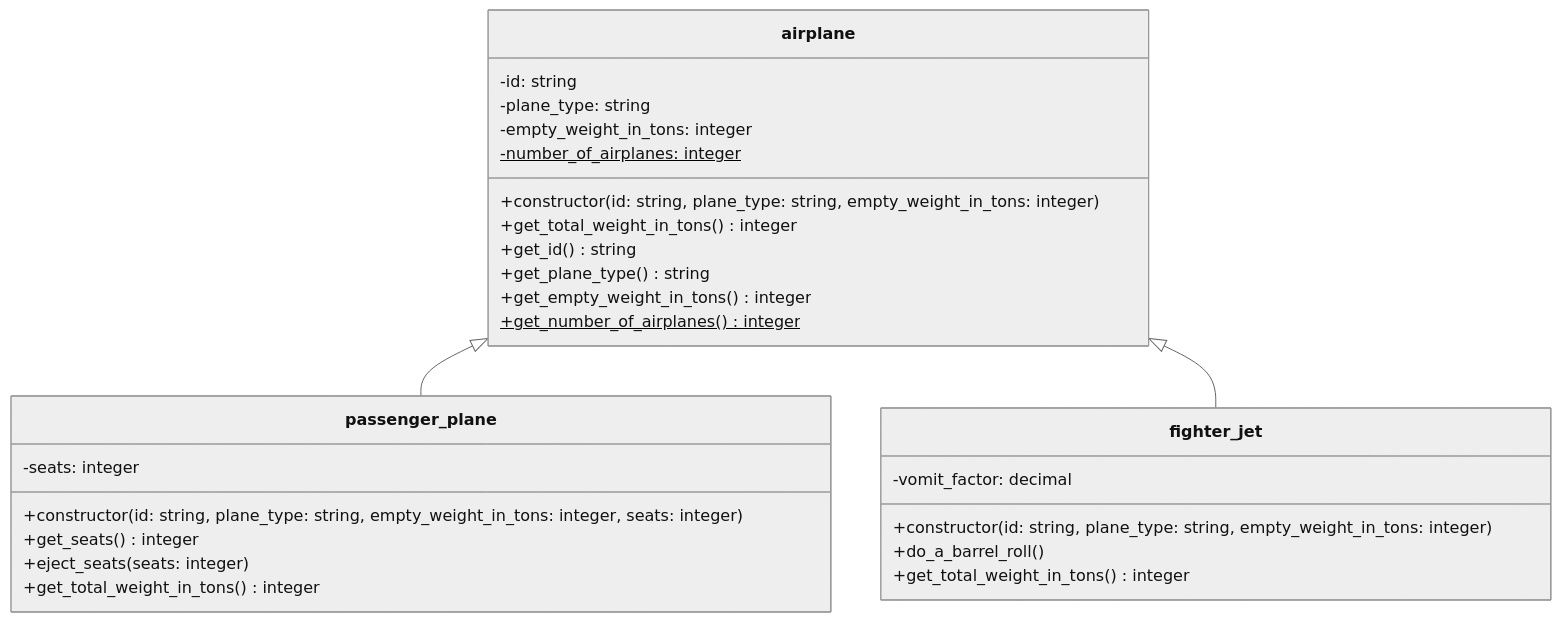
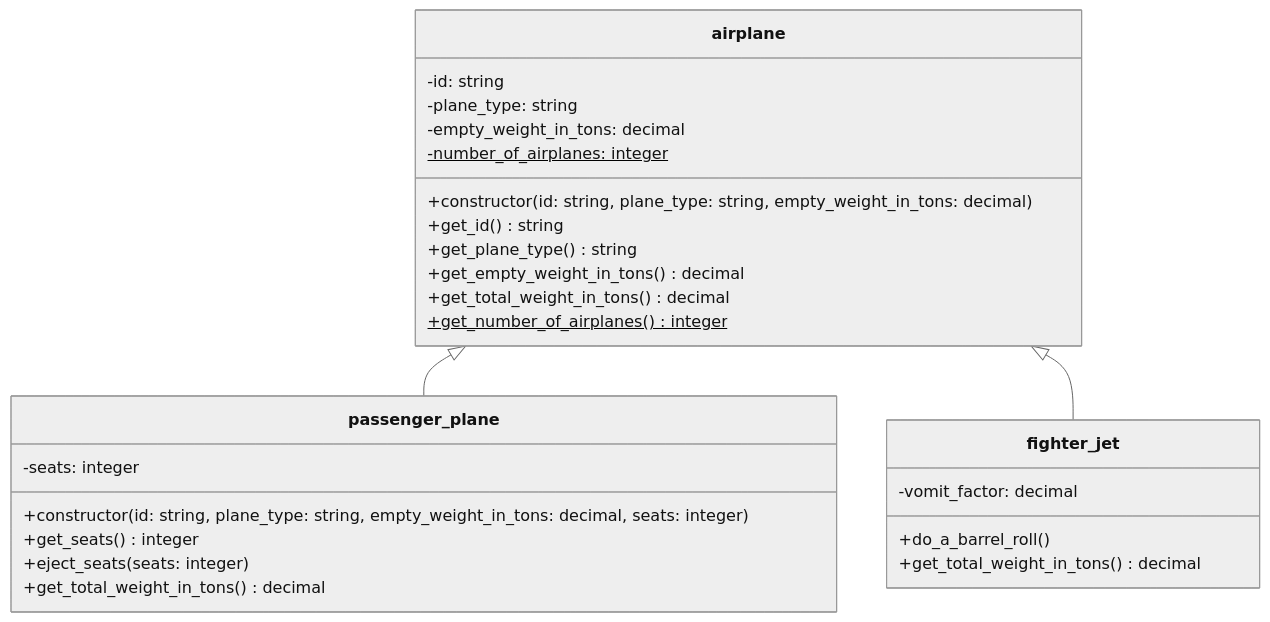
One commit to appenmaier/s4hana changed the diagram in docs/exercises/abap-objects/abap-objects-06.md. Above: the diagram before and after it, drawn with Mermaid (neutral theme). The commit also changed other lines of this file and 7 other files, not shown here.

````diff
--- a/docs/exercises/abap-objects/abap-objects-06.md
+++ b/docs/exercises/abap-objects/abap-objects-06.md
@@ -11,33 +11,32 @@
 ```mermaid
 classDiagram
    airplane <|-- passenger_plane
    airplane <|-- fighter_jet
 
    class airplane {
       -id: string
       -plane_type: string
-      -empty_weight_in_tons: integer
+      -empty_weight_in_tons: decimal
       -number_of_airplanes: integer$
-      +constructor(id: string, plane_type: string, empty_weight_in_tons: integer)
-      +get_total_weight_in_tons() integer
+      +constructor(id: string, plane_type: string, empty_weight_in_tons: decimal)
       +get_id() string
       +get_plane_type() string
-      +get_empty_weight_in_tons() integer
+      +get_empty_weight_in_tons() decimal
+     +get_total_weight_in_tons() decimal
       +get_number_of_airplanes() integer$
    }
 
    class passenger_plane {
       -seats: integer
-      +constructor(id: string, plane_type: string, empty_weight_in_tons: integer, seats: integer)
+      +constructor(id: string, plane_type: string, empty_weight_in_tons: decimal, seats: integer)
       +get_seats() integer
       +eject_seats(seats: integer)
-      +get_total_weight_in_tons() integer
+      +get_total_weight_in_tons() decimal
    }
 
    class fighter_jet {
       -vomit_factor: decimal
-      +constructor(id: string, plane_type: string, empty_weight_in_tons: integer)
       +do_a_barrel_roll()
-      +get_total_weight_in_tons() integer
+      +get_total_weight_in_tons() decimal
    }
 ```
````
